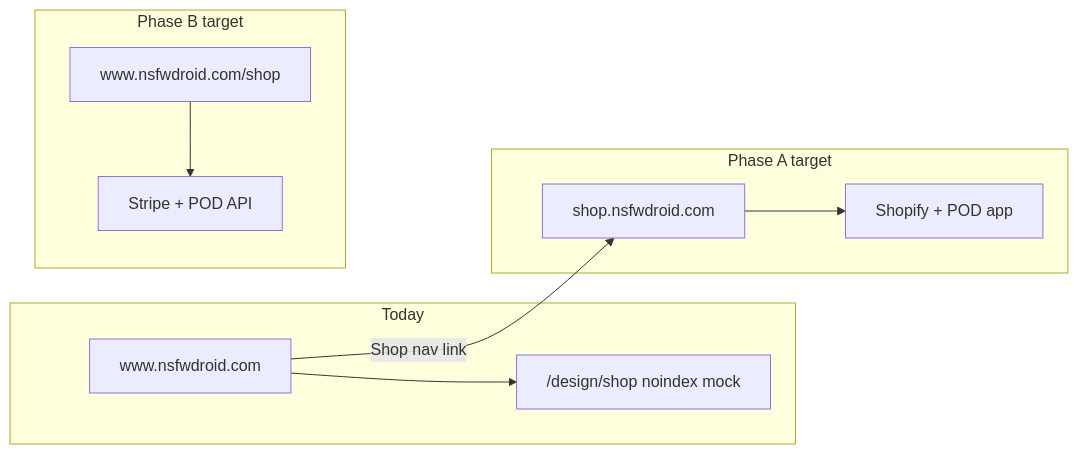
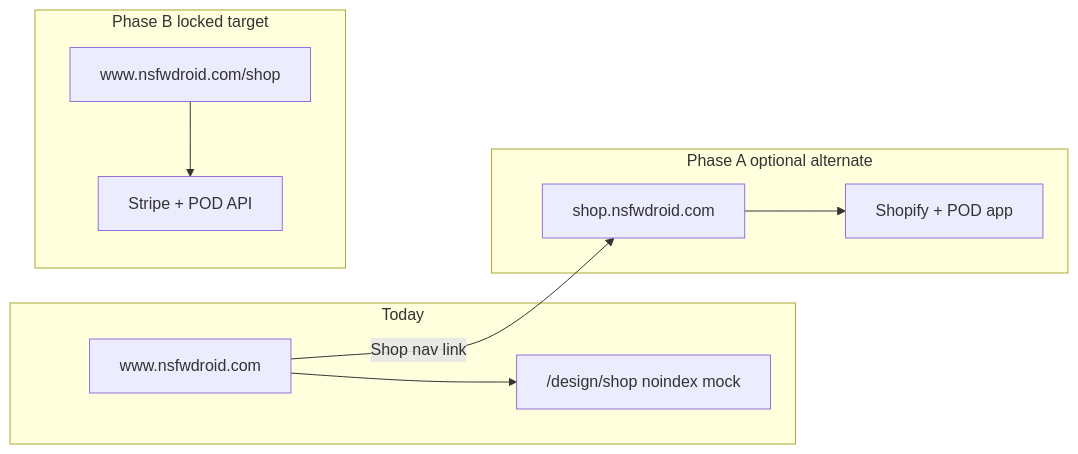
Before and after one commit to n0social/NSFW-Droid: the diagram in docs/shop-storefront-blueprint.md, drawn with Mermaid. The commit also changed other lines of this file and 3 other files, not shown here.

````diff
--- a/docs/shop-storefront-blueprint.md
+++ b/docs/shop-storefront-blueprint.md
@@ -24,19 +24,19 @@
 ```mermaid
 flowchart LR
   subgraph today [Today]
     WWW[www.nsfwdroid.com]
     DEV["/design/shop noindex mock"]
     WWW --> DEV
   end
-  subgraph phaseA [Phase A target]
+  subgraph phaseA [Phase A optional alternate]
     SHOP[shop.nsfwdroid.com]
     SHOPIFY[Shopify + POD app]
     SHOP --> SHOPIFY
     WWW -->|Shop nav link| SHOP
   end
-  subgraph phaseB [Phase B target]
+  subgraph phaseB [Phase B locked target]
     WWW2[www.nsfwdroid.com/shop]
     STRIPE[Stripe + POD API]
     WWW2 --> STRIPE
   end
 ```
````
